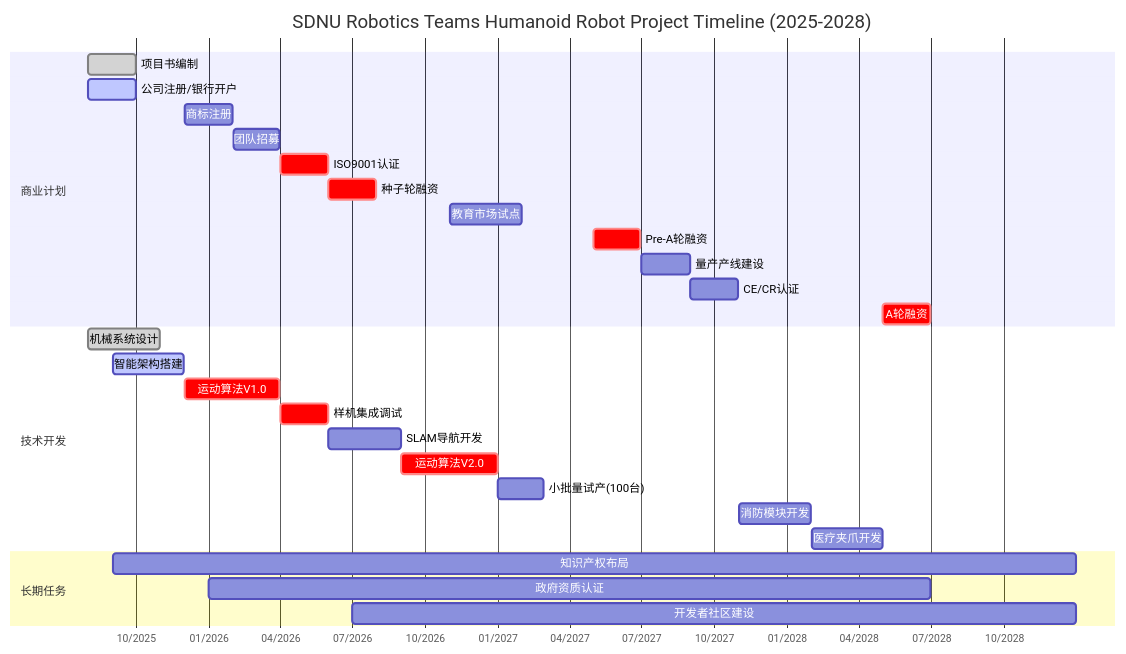
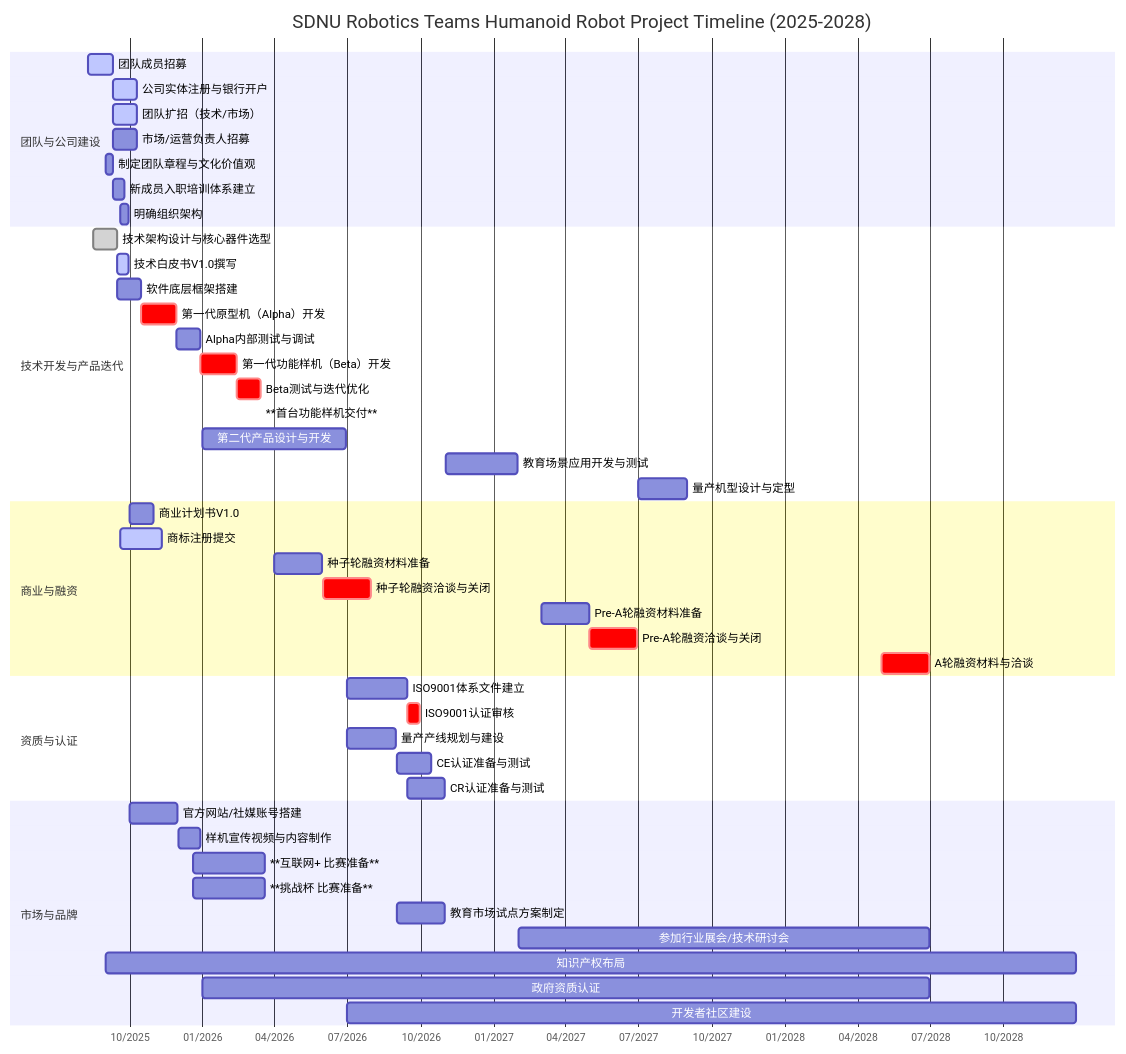
The diagram in config/timeline.md (Math-Still/taskKanban), drawn with Mermaid before and after one commit. The commit also changed 9 other files, not shown here.

````diff
--- a/config/timeline.md
+++ b/config/timeline.md
@@ -1,36 +1,57 @@
 ```mermaid
 gantt
     title SDNU Robotics Teams Humanoid Robot Project Timeline (2025-2028)
     dateFormat  YYYY-MM-DD
     axisFormat  %m/%Y
     
-    section 商业计划
-    项目书编制          :done,      bp, 2025-08-01, 2025-09-30
-    公司注册/银行开户   :active,    corp, 2025-08-01, 2025-09-30
-    商标注册            :           tm, 2025-12-01, 2026-01-31
-    团队招募            :           hr, 2026-02-01, 2026-03-31
-    ISO9001认证         :crit,      iso, 2026-04-01, 2026-05-31
-    种子轮融资          :crit,      seed, 2026-06-01, 2026-07-31
-    教育市场试点        :           edu, 2026-11-01, 2027-01-31
-    Pre-A轮融资         :crit,      prea, 2027-05-01, 2027-06-30
-    量产产线建设        :           prod, 2027-07-01, 2027-08-31
-    CE/CR认证          :           ce, 2027-09-01, 2027-10-31
-    A轮融资            :crit,      seria, 2028-05-01, 2028-06-30
+    section 团队与公司建设
+    团队成员招募              :active, hr1, 2025-08-10, 2025-09-10
+    公司实体注册与银行开户      :active, corp, after hr1, 30d
+    团队扩招（技术/市场）       :active, hr2, after hr1, 30d
+    市场/运营负责人招募         :hr_mkt1, after hr1, 30d
+    制定团队章程与文化价值观     :culture, 2025-09-01, 2025-09-10
+    新成员入职培训体系建立       :training, after culture, 15d
+    明确组织架构                :org_struct, 2025-09-20, 2025-09-30
 
     
-    section 技术开发
-    机械系统设计        :done,      mech, 2025-08-01, 2025-10-31
-    智能架构搭建        :active,    ai, 2025-09-01, 2025-11-30
-    运动算法V1.0        :crit,      algo1, 2025-12-01, 2026-03-31
-    样机集成调试        :crit,      proto, 2026-04-01, 2026-05-31
-    SLAM导航开发        :           nav, 2026-06-01, 2026-08-31
-    运动算法V2.0        :crit,      algo2, 2026-09-01, 2026-12-31
-    小批量试产(100台)   :           pilot, 2027-01-01, 2027-02-28
-    消防模块开发        :           fire, 2027-11-01, 2028-01-31
-    医疗夹爪开发        :           med, 2028-02-01, 2028-04-30
+    section 技术开发与产品迭代
+    技术架构设计与核心器件选型  :done,     tech_arch, 2025-08-16, 2025-09-15
+    技术白皮书V1.0撰写         :active,  doc, after tech_arch, 15d
+    软件底层框架搭建           :         soft_frame, after tech_arch, 30d
+    第一代原型机（Alpha）开发   :crit,    alpha, after soft_frame, 45d
+    Alpha内部测试与调试        :         test_alpha, after alpha, 30d
+    第一代功能样机（Beta）开发  :crit,    mvp_dev, after test_alpha, 45d
+    Beta测试与迭代优化         :crit,    mvp_test, after mvp_dev, 30d
+    **首台功能样机交付**       :crit,    mvp, after mvp_test, 1d
+    第二代产品设计与开发        :         ver2, 2026-01-01, 2026-06-30
+    教育场景应用开发与测试      :         edu_dev, 2026-11-01, 2027-01-31
+    量产机型设计与定型         :         mass_prod_design, 2027-07-01, 2027-08-31
+
+   section 商业与融资
+    商业计划书V1.0            :         bp1, 2025-10-01, 2025-10-31
+    商标注册提交              :active,  tm, 2025-09-20, 2025-11-10
+    种子轮融资材料准备         :         seed_prep, 2026-04-01, 2026-05-31
+    种子轮融资洽谈与关闭       :crit,    seed, 2026-06-01, 2026-07-31
+    Pre-A轮融资材料准备        :         prea_prep, 2027-03-01, 2027-04-30
+    Pre-A轮融资洽谈与关闭      :crit,    prea, 2027-05-01, 2027-06-30
+    A轮融资材料与洽谈         :crit,    seria, 2028-05-01, 2028-06-30
+
+    section 资质与认证
+    ISO9001体系文件建立       :         iso_doc, 2026-07-01, 2026-09-15
+    ISO9001认证审核           :crit,    iso_audit, after iso_doc, 15d
+    量产产线规划与建设         :         prod_line, 2026-07-01, 2026-08-31
+    CE认证准备与测试          :         ce_prep, 2026-09-01, 2026-10-15
+    CR认证准备与测试          :         cr_prep, 2026-09-15, 2026-10-31
     
-    section 长期任务
+    section 市场与品牌
+    官方网站/社媒账号搭建      :         brand_online, 2025-10-01, 2025-11-30
+    样机宣传视频与内容制作     :         mvp_mkt, 2025-12-01, 2025-12-29
+    **互联网+ 比赛准备**      :         comp_net, 2025-12-20, 2026-03-20
+    **挑战杯 比赛准备**       :         comp_challenge, 2025-12-20, 2026-03-20
+    教育市场试点方案制定       :         edu_plan, 2026-09-01, 2026-10-31
+    参加行业展会/技术研讨会    :         event, 2027-02-01, 2028-06-30
     知识产权布局        :           ip, 2025-09-01, 2028-12-31
     政府资质认证        :           cert, 2026-01-01, 2028-06-30
     开发者社区建设      :           comm, 2026-07-01, 2028-12-31
+    
 ```
````
